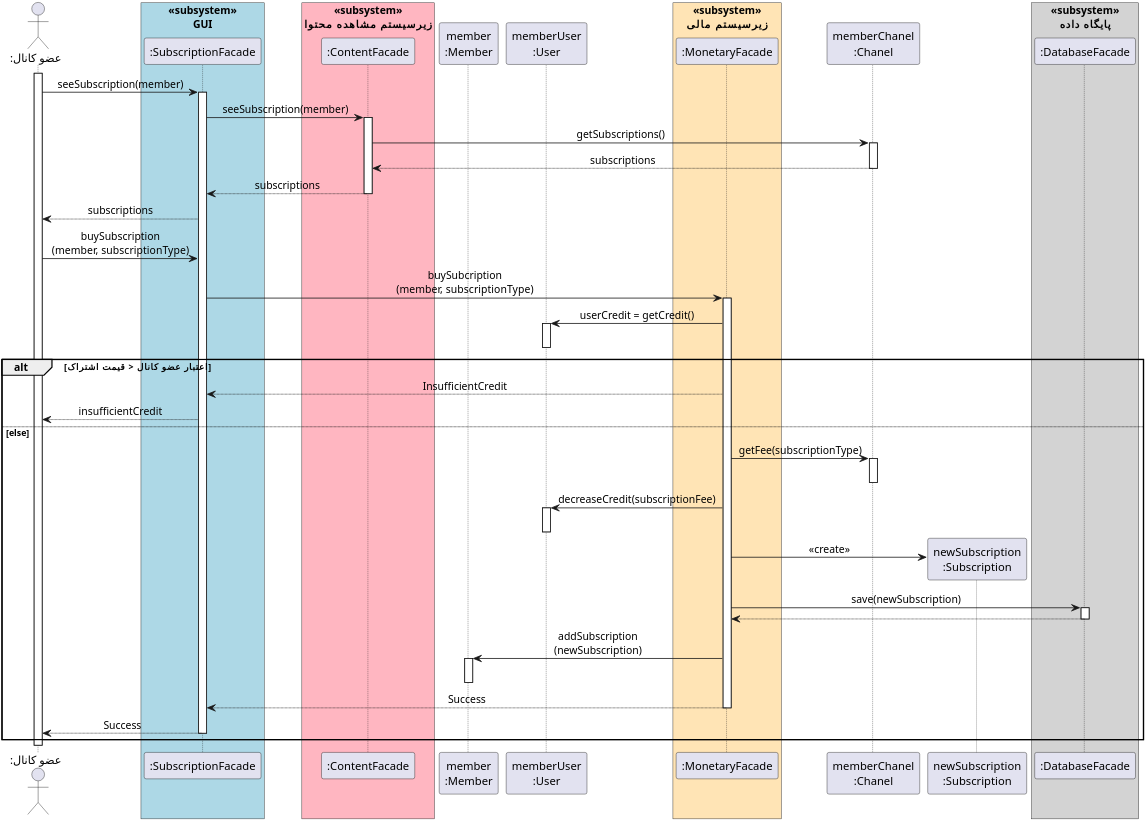
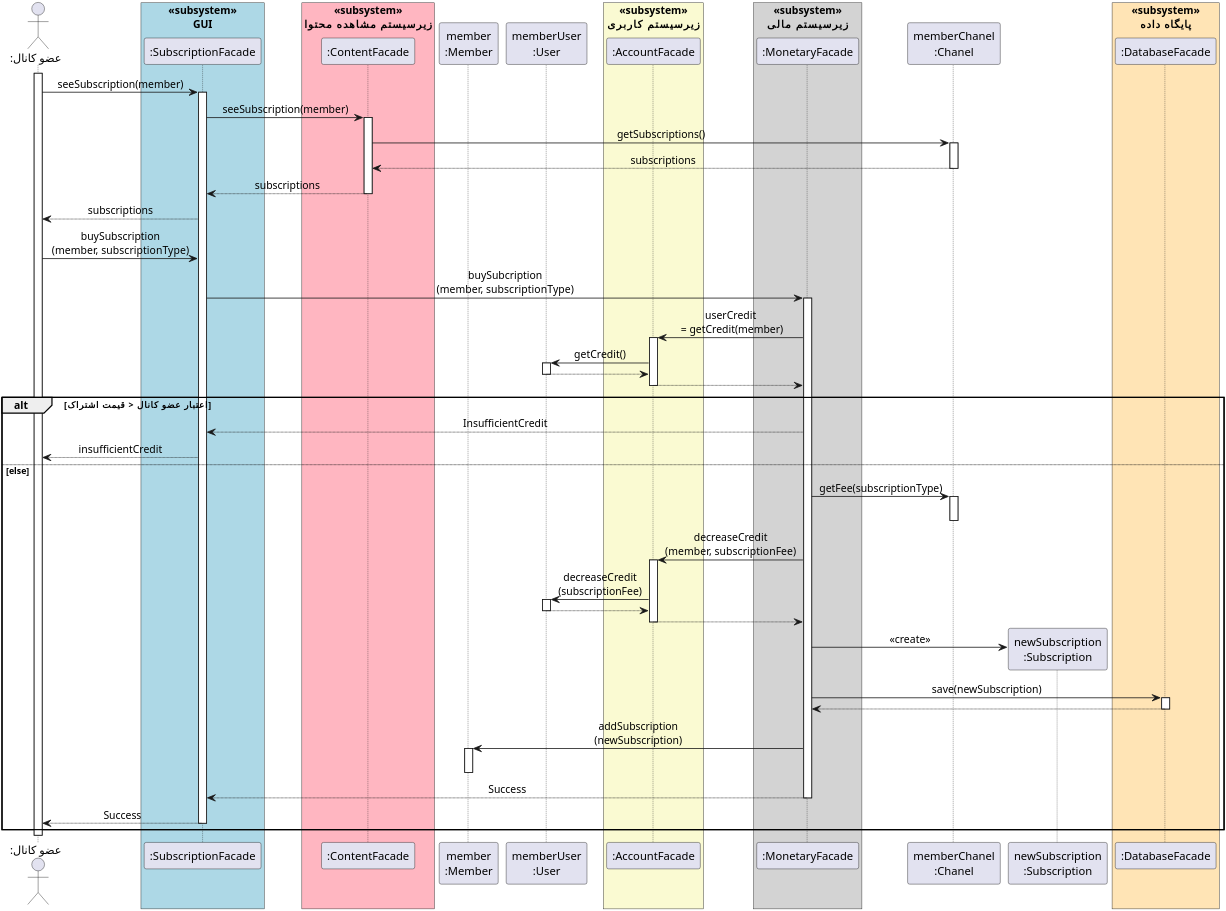
The diagram in Diagrams/Design Sequence/BuySubscription.puml (soleyman79/Qasedak), drawn with PlantUML before and after one commit.

```diff
--- a/Diagrams/Design Sequence/BuySubscription.puml
+++ b/Diagrams/Design Sequence/BuySubscription.puml
@@ -1,75 +1,88 @@
 @startuml buy_subscription
 
 
 scale 4
 skinparam DefaultFontName Vazir
 skinparam DefaultTextAlignment center
 
 
 actor ":عضو کانال" as member
 box "«subsystem»\nGUI" #LightBlue
 participant ":SubscriptionFacade" as ui
 end box
 box "«subsystem»\nزیرسیستم مشاهده محتوا" #LightPink
 participant ":ContentFacade" as contentFacade
 end box
 participant "member\n:Member" as memberObj
 participant "memberUser\n:User" as user
-box "«subsystem»\nزیرسیستم مالی" #Moccasin
+box "«subsystem»\nزیرسیستم کاربری" #LightGoldenRodYellow
+participant ":AccountFacade" as accountFacade
+end box
+box "«subsystem»\nزیرسیستم مالی" #LightGrey
 participant ":MonetaryFacade" as monetary
 end box
 participant "memberChanel\n:Chanel" as chanel
 participant "newSubscription\n:Subscription" as subscription
-box "«subsystem»\nپایگاه داده" #LightGrey
+box "«subsystem»\nپایگاه داده" #Moccasin
 participant ":DatabaseFacade" as db
 end box
 
 
 activate member
 member -> ui: seeSubscription(member)
 activate ui
 ui -> contentFacade: seeSubscription(member)
 activate contentFacade
 contentFacade -> chanel: getSubscriptions()
 activate chanel
 chanel --> contentFacade: subscriptions
 deactivate chanel
 contentFacade --> ui: subscriptions
 deactivate contentFacade
 ui --> member: subscriptions
 
 member -> ui: buySubscription\n(member, subscriptionType)
 ui -> monetary: buySubcription\n(member, subscriptionType)
 activate monetary
-monetary -> user: userCredit = getCredit()
+monetary -> accountFacade: userCredit\n = getCredit(member)
+activate accountFacade
+accountFacade -> user: getCredit()
 activate user
+user --> accountFacade
 deactivate user
+accountFacade --> monetary
+deactivate accountFacade
 
 alt اعتبار عضو کانال < قیمت اشتراک
     monetary --> ui: InsufficientCredit
     ui --> member: insufficientCredit
 else else
     monetary -> chanel: getFee(subscriptionType)
     activate chanel
     deactivate chanel
-    monetary -> user: decreaseCredit(subscriptionFee)
+    monetary -> accountFacade: decreaseCredit\n(member, subscriptionFee)
+    activate accountFacade
+    accountFacade -> user: decreaseCredit\n(subscriptionFee)
     activate user
+    user --> accountFacade
     deactivate user
+    accountFacade --> monetary
+    deactivate accountFacade
     monetary -> subscription **: «create»
     monetary -> db: save(newSubscription)
     activate db
     db --> monetary
     deactivate db
     monetary -> memberObj: addSubscription\n(newSubscription)
     activate memberObj
     deactivate memberObj
     monetary --> ui: Success
     deactivate monetary
     ui --> member: Success
     deactivate ui
 end
 
 deactivate member
 
 
 @enduml
```
